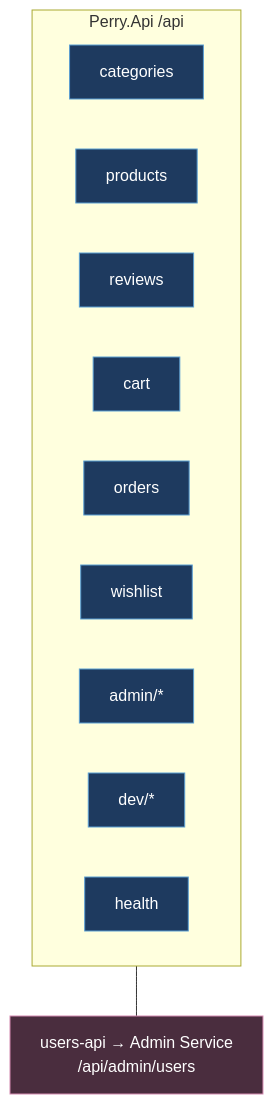
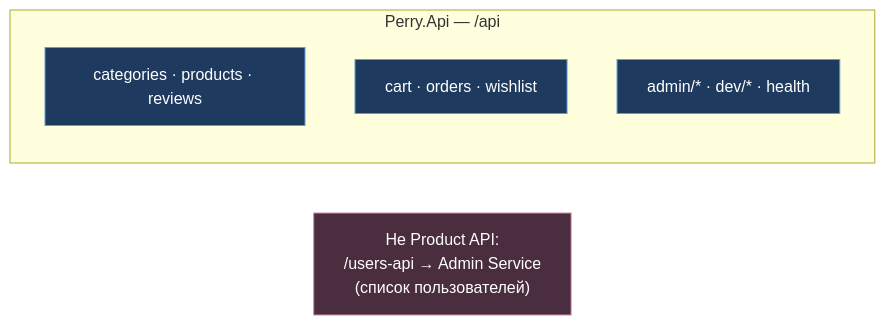
The diagram in project_defense/05_backend-routes/diagram.mmd (ITSTEP-PERRY/perry-front), drawn with Mermaid before and after one commit. The commit also changed 41 other files, not shown here.

Commit message:
docs(defense): clearer diagrams, PPTX with per-slide descriptions.

```diff
--- a/project_defense/05_backend-routes/diagram.mmd
+++ b/project_defense/05_backend-routes/diagram.mmd
@@ -1,20 +1,14 @@
-flowchart TB
-  subgraph ProductAPI["Perry.Api /api"]
-    C[categories]
-    P[products]
-    R[reviews]
-    CA[cart]
-    O[orders]
-    W[wishlist]
-    AD[admin/*]
-    DV[dev/*]
-    H[health]
+flowchart LR
+  subgraph API["Perry.Api — /api"]
+    direction TB
+    R1["categories · products · reviews"]
+    R2["cart · orders · wishlist"]
+    R3["admin/* · dev/* · health"]
   end
-  EXT["users-api → Admin Service<br/>/api/admin/users"]
 
-  ProductAPI --- EXT
+  EXT["Не Product API:<br/>/users-api → Admin Service<br/>(список пользователей)"]
 
   classDef a fill:#1e3a5f,stroke:#5b9fd4,color:#fff
   classDef e fill:#4a2d3e,stroke:#d48ab0,color:#fff
-  class C,P,R,CA,O,W,AD,DV,H a
+  class R1,R2,R3 a
   class EXT e
```
